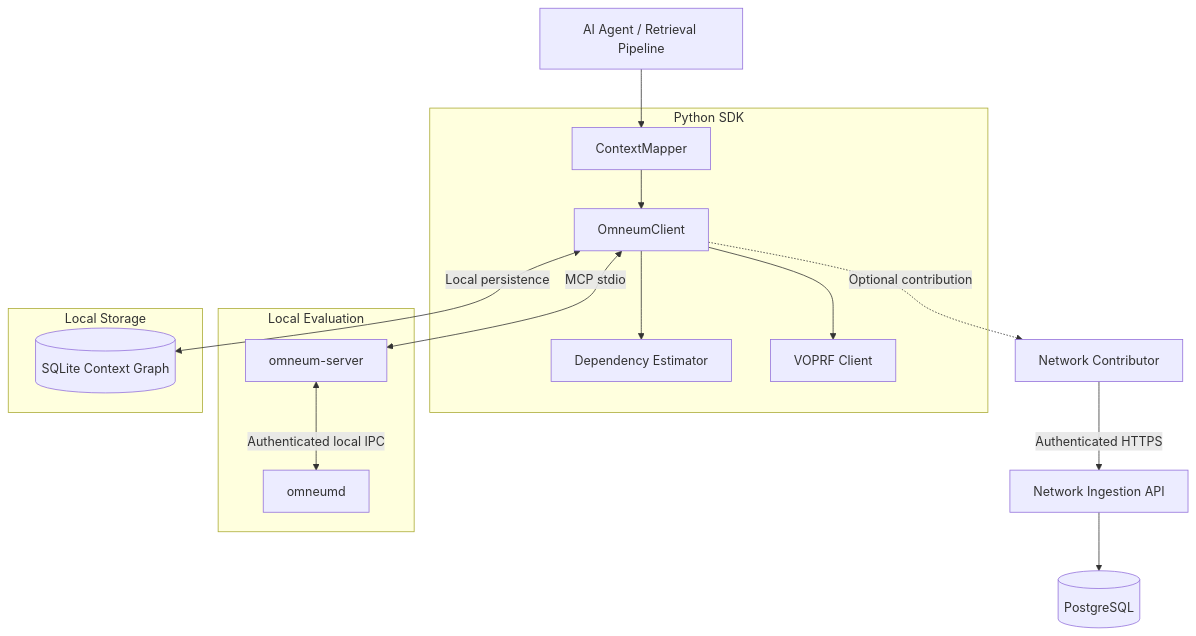
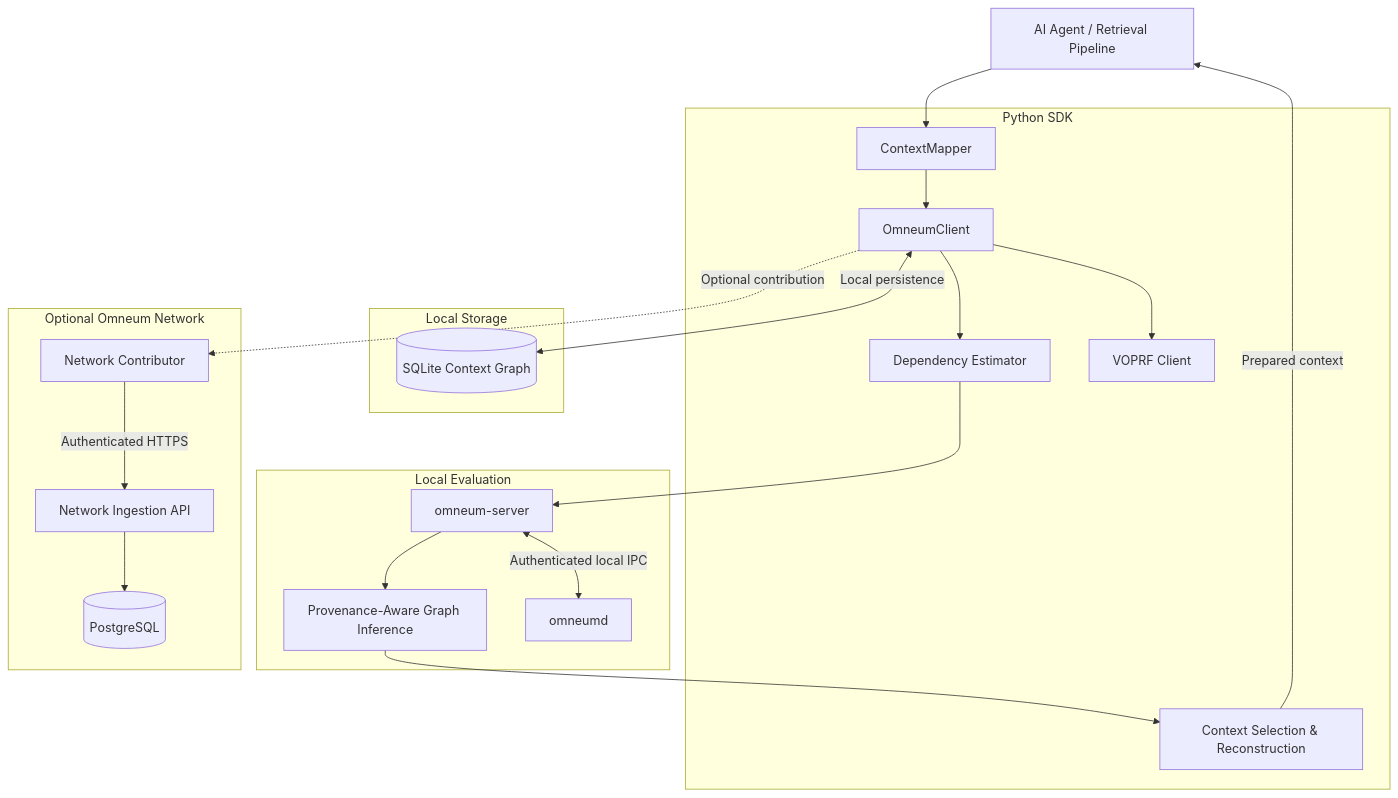
One commit to cole-h06/omneum changed the diagram in docs/architecture.md. Above: the diagram before and after it, drawn with Mermaid. The commit also changed other lines of this file and 856 other files, not shown here.

````diff
--- a/docs/architecture.md
+++ b/docs/architecture.md
@@ -8,36 +7,46 @@
 ```mermaid
 flowchart TB
     Agent["AI Agent / Retrieval Pipeline"]
 
     subgraph SDK["Python SDK"]
         Mapper["ContextMapper"]
         Client["OmneumClient"]
         Dependency["Dependency Estimator"]
+        Preparation["Context Selection & Reconstruction"]
         VOPRF["VOPRF Client"]
+
+        Mapper --> Client
+        Client --> Dependency
+        Client --> VOPRF
     end
 
-    subgraph Local["Local Evaluation"]
+    subgraph Runtime["Local Evaluation"]
         MCP["omneum-server"]
+        Graph["Provenance-Aware Graph Inference"]
         Daemon["omneumd"]
+
+        MCP --> Graph
+        MCP <-->|"Authenticated local IPC"| Daemon
     end
 
     subgraph Storage["Local Storage"]
         SQLite[("SQLite Context Graph")]
     end
 
+    subgraph Network["Optional Omneum Network"]
+        Contributor["Network Contributor"]
+        API["Network Ingestion API"]
+        Postgres[("PostgreSQL")]
+
+        Contributor -->|"Authenticated HTTPS"| API
+        API --> Postgres
+    end
+
     Agent --> Mapper
-    Mapper --> Client
-    Client --> Dependency
-    Client --> VOPRF
-    Client <-->|"MCP stdio"| MCP
-    MCP <-->|"Authenticated local IPC"| Daemon
+    Dependency --> MCP
+    Graph --> Preparation
+    Preparation -->|"Prepared context"| Agent
+
     Client <-->|"Local persistence"| SQLite
-
-    Contributor["Network Contributor"]
-    API["Network Ingestion API"]
-    Postgres[("PostgreSQL")]
-
     Client -.->|"Optional contribution"| Contributor
-    Contributor -->|"Authenticated HTTPS"| API
-    API --> Postgres
 ```
````
